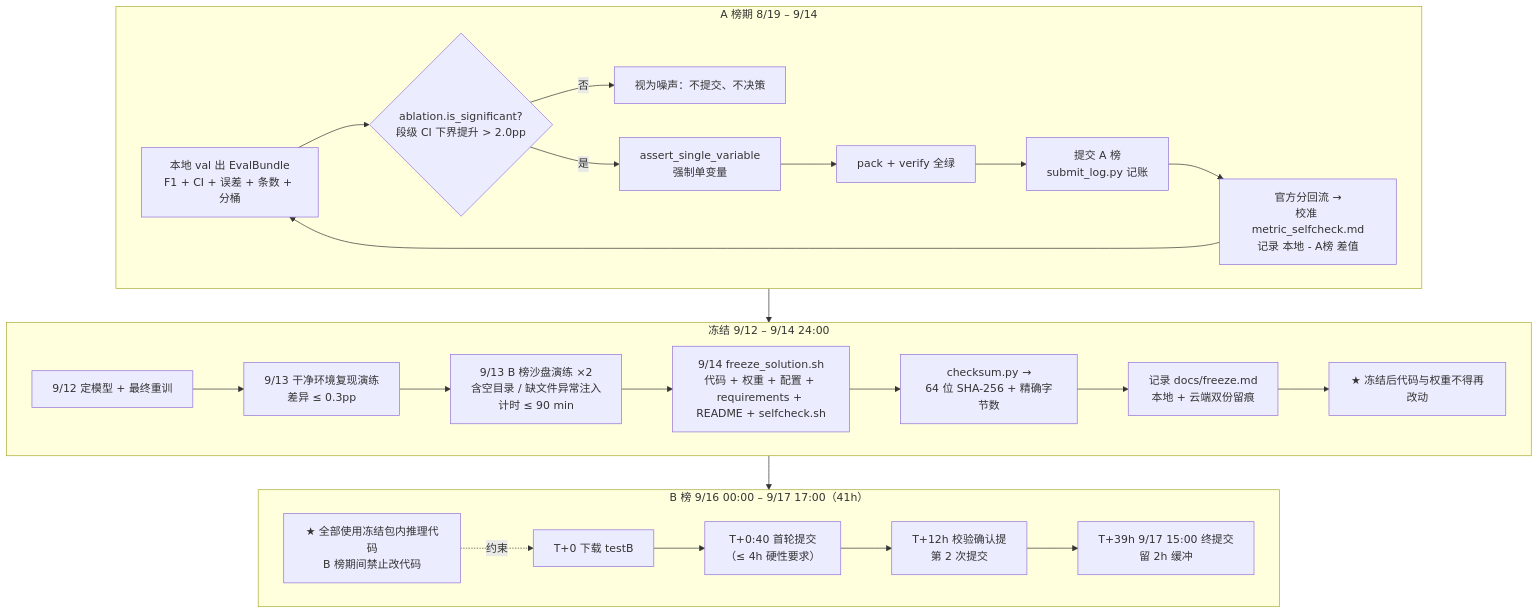
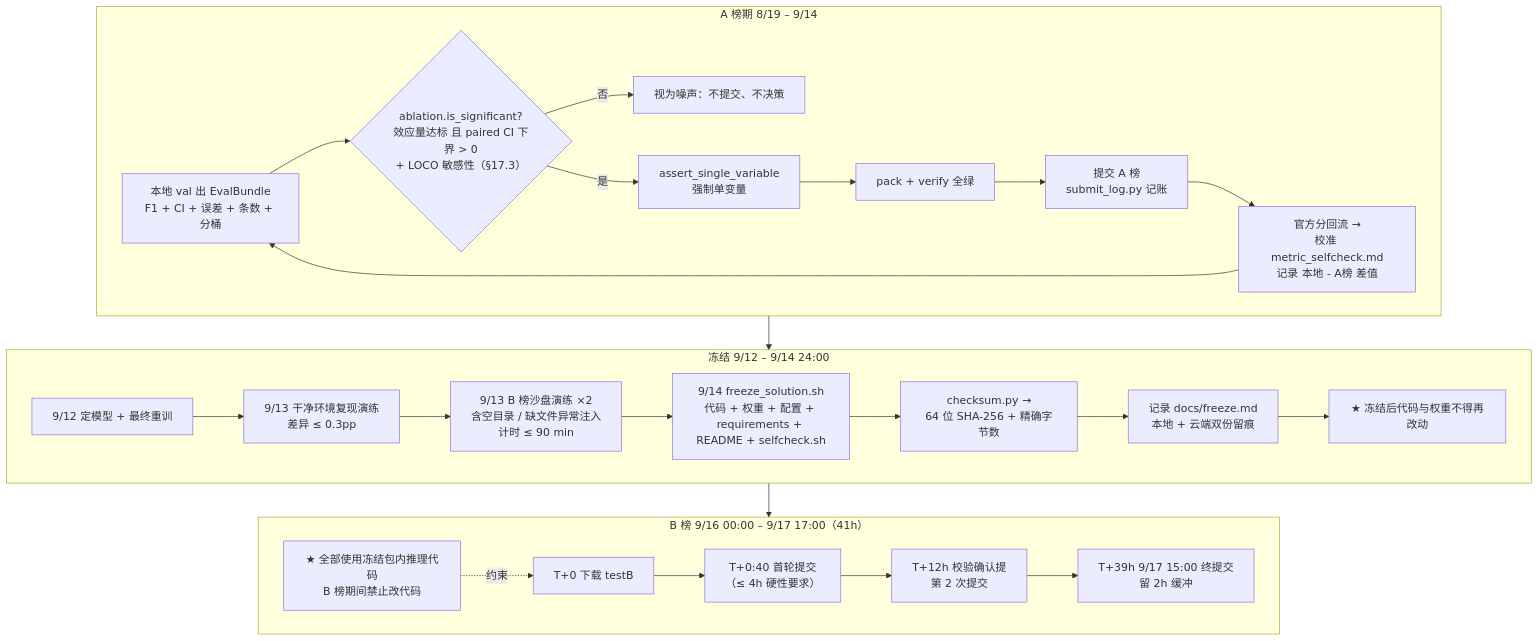
The fifth of 6 diagrams in docs/ARCHITECTURE.md (poncioponcho/lane-detection-challenge), drawn with Mermaid before and after one commit. The commit also changed other lines of this file and 63 other files, not shown here.

````diff
--- a/docs/ARCHITECTURE.md
+++ b/docs/ARCHITECTURE.md
@@ -989,37 +1032,37 @@
 ```mermaid
 flowchart TD
     subgraph P1["A 榜期 8/19 – 9/14"]
         A1["本地 val 出 EvalBundle<br/>F1 + CI + 误差 + 条数 + 分桶"]
-        A2{"ablation.is_significant?<br/>段级 CI 下界提升 > 2.0pp"}
+        A2{"ablation.is_significant?<br/>效应量达标 且 paired CI 下界 > 0<br/>+ LOCO 敏感性（§17.3）"}
         A1 --> A2
         A2 -->|否| A3["视为噪声：不提交、不决策"]
         A2 -->|是| A4["assert_single_variable<br/>强制单变量"]
         A4 --> A5["pack + verify 全绿"]
         A5 --> A6["提交 A 榜<br/>submit_log.py 记账"]
         A6 --> A7["官方分回流 →<br/>校准 metric_selfcheck.md<br/>记录 本地 - A榜 差值"]
         A7 --> A1
     end
 
     subgraph P2["冻结 9/12 – 9/14 24:00"]
         B1["9/12 定模型 + 最终重训"]
         B2["9/13 干净环境复现演练<br/>差异 ≤ 0.3pp"]
         B3["9/13 B 榜沙盘演练 ×2<br/>含空目录 / 缺文件异常注入<br/>计时 ≤ 90 min"]
         B4["9/14 freeze_solution.sh<br/>代码 + 权重 + 配置 + requirements + README + selfcheck.sh"]
         B5["checksum.py →<br/>64 位 SHA-256 + 精确字节数"]
         B6["记录 docs/freeze.md<br/>本地 + 云端双份留痕"]
         B7["★ 冻结后代码与权重不得再改动"]
         B1 --> B2 --> B3 --> B4 --> B5 --> B6 --> B7
     end
 
     subgraph P3["B 榜 9/16 00:00 – 9/17 17:00（41h）"]
         C1["T+0 下载 testB"]
         C2["T+0:40 首轮提交<br/>（≤ 4h 硬性要求）"]
         C3["T+12h 校验确认提<br/>第 2 次提交"]
         C4["T+39h 9/17 15:00 终提交<br/>留 2h 缓冲"]
         C5["★ 全部使用冻结包内推理代码<br/>B 榜期间禁止改代码"]
         C1 --> C2 --> C3 --> C4
         C5 -.->|约束| C1
     end
 
     P1 --> P2 --> P3
 ```
````
